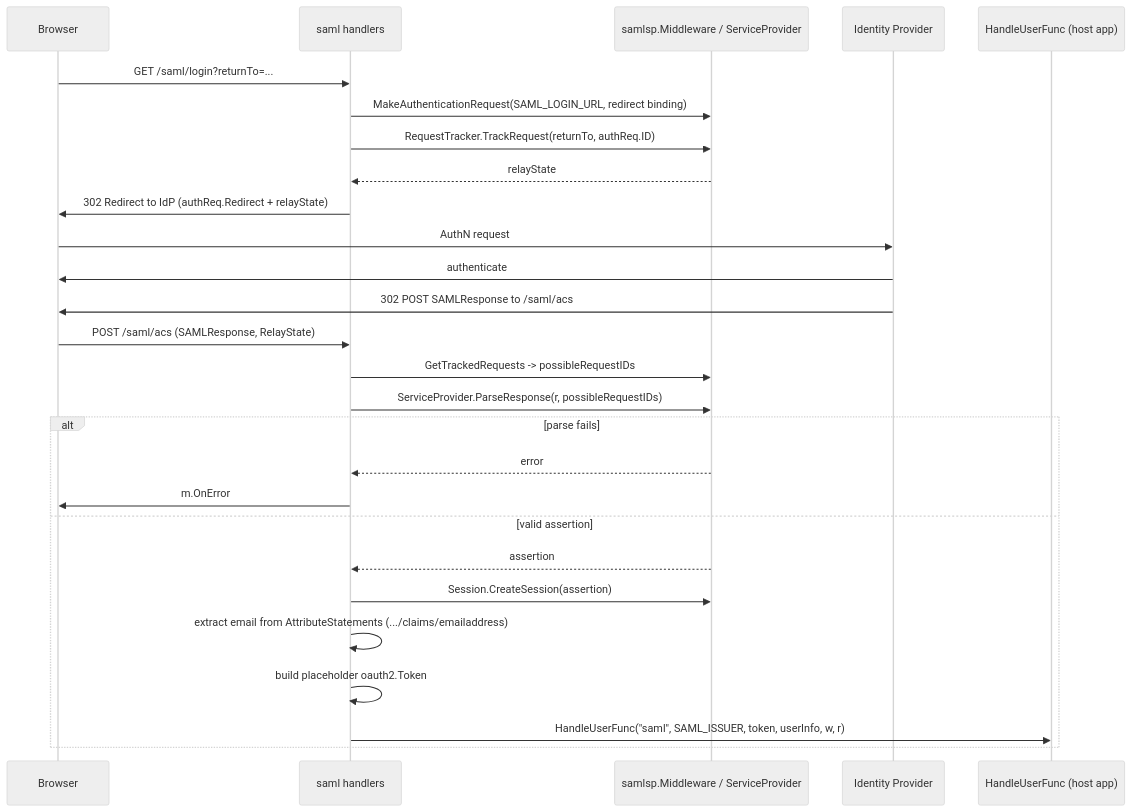
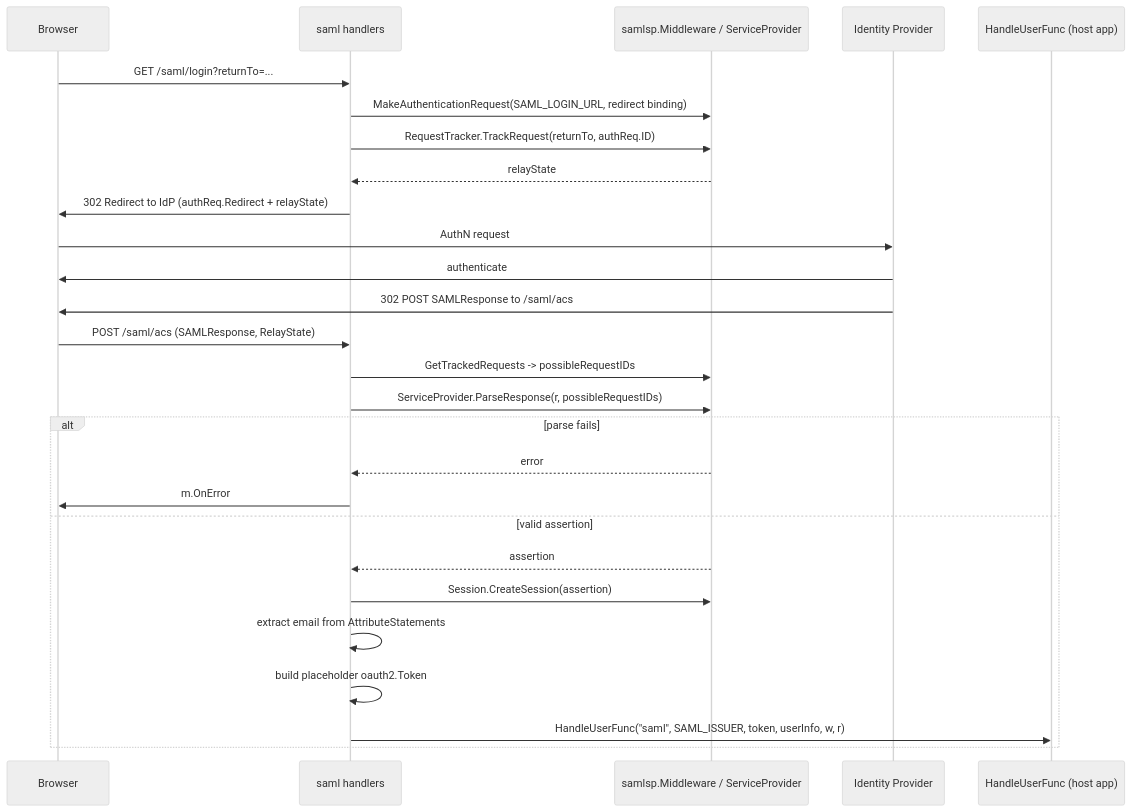
Before and after one commit to panyam/oneauth: the first of 3 diagrams in saml/diagrams.md, drawn with Mermaid (neutral theme). The commit also changed other lines of this file and 43 other files, not shown here.

````diff
--- a/saml/diagrams.md
+++ b/saml/diagrams.md
@@ -5,31 +5,31 @@
 ```mermaid
 sequenceDiagram
     participant U as Browser
     participant SP as saml handlers
     participant MW as samlsp.Middleware / ServiceProvider
     participant IdP as Identity Provider
     participant App as HandleUserFunc (host app)
 
     U->>SP: GET /saml/login?returnTo=...
     SP->>MW: MakeAuthenticationRequest(SAML_LOGIN_URL, redirect binding)
     SP->>MW: RequestTracker.TrackRequest(returnTo, authReq.ID)
     MW-->>SP: relayState
     SP->>U: 302 Redirect to IdP (authReq.Redirect + relayState)
     U->>IdP: AuthN request
     IdP->>U: authenticate
     IdP->>U: 302 POST SAMLResponse to /saml/acs
 
     U->>SP: POST /saml/acs (SAMLResponse, RelayState)
     SP->>MW: GetTrackedRequests -> possibleRequestIDs
     SP->>MW: ServiceProvider.ParseResponse(r, possibleRequestIDs)
     alt parse fails
         MW-->>SP: error
         SP->>U: m.OnError
     else valid assertion
         MW-->>SP: assertion
         SP->>MW: Session.CreateSession(assertion)
-        SP->>SP: extract email from AttributeStatements (.../claims/emailaddress)
+        SP->>SP: extract email from AttributeStatements
         SP->>SP: build placeholder oauth2.Token
         SP->>App: HandleUserFunc("saml", SAML_ISSUER, token, userInfo, w, r)
     end
 ```
````
